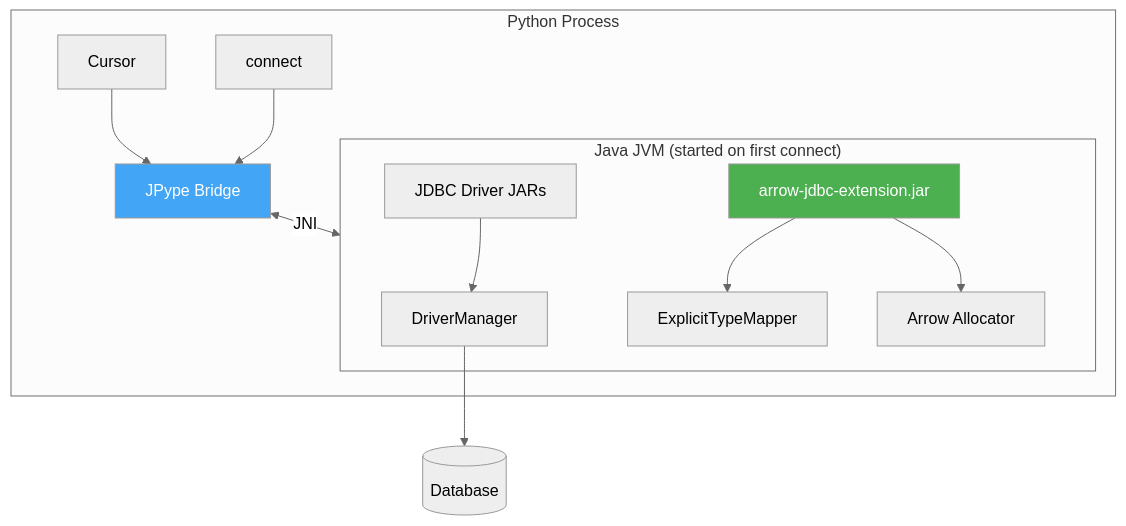
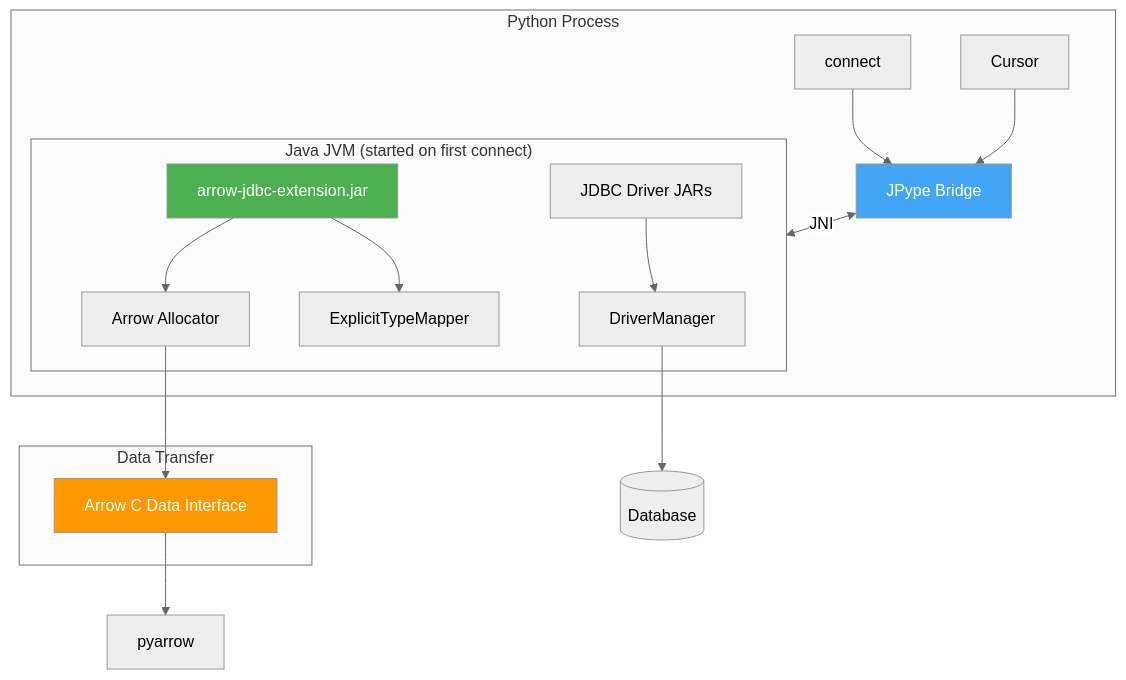
The second of 2 diagrams in docs/design.md (BreathBlush/jaydebeapiarrow), drawn with Mermaid (neutral theme) before and after one commit. The commit also changed other lines of this file and 5 other files, not shown here.

First line of the commit message:
Docs: update for C Data Interface, jvm_args param, array support, fork safety

````diff
--- a/docs/design.md
+++ b/docs/design.md
@@ -87,24 +62,30 @@
 ```mermaid
 flowchart TB
     subgraph Python["Python Process"]
         Connect[connect] --> JPype[JPype Bridge]
         Cursor[Cursor] --> JPype
         JPype <-->|JNI| JVM["Java JVM"]
     end
 
     subgraph JVM["Java JVM (started on first connect)"]
         DM[DriverManager]
         Driver[JDBC Driver JARs]
         Ext[arrow-jdbc-extension.jar]
         TM[ExplicitTypeMapper]
         Alloc[Arrow Allocator]
     end
 
+    subgraph Transfer["Data Transfer"]
+        CDI[Arrow C Data Interface]
+    end
+
     Driver --> DM
     Ext --> TM
     Ext --> Alloc
     DM --> DB[(Database)]
+    Alloc --> CDI --> PyArrow[pyarrow]
 
     style JPype fill:#42A5F5,color:#fff
     style Ext fill:#4CAF50,color:#fff
+    style CDI fill:#FF9800,color:#fff
 ```
````
